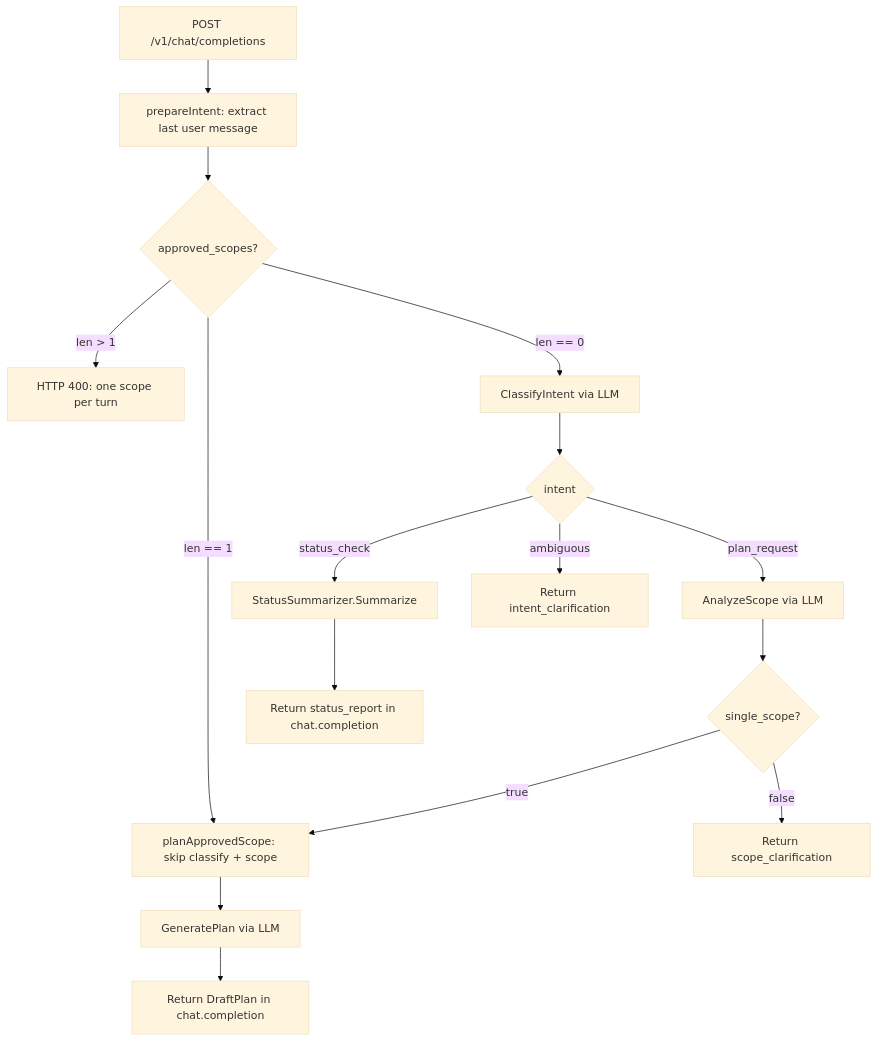
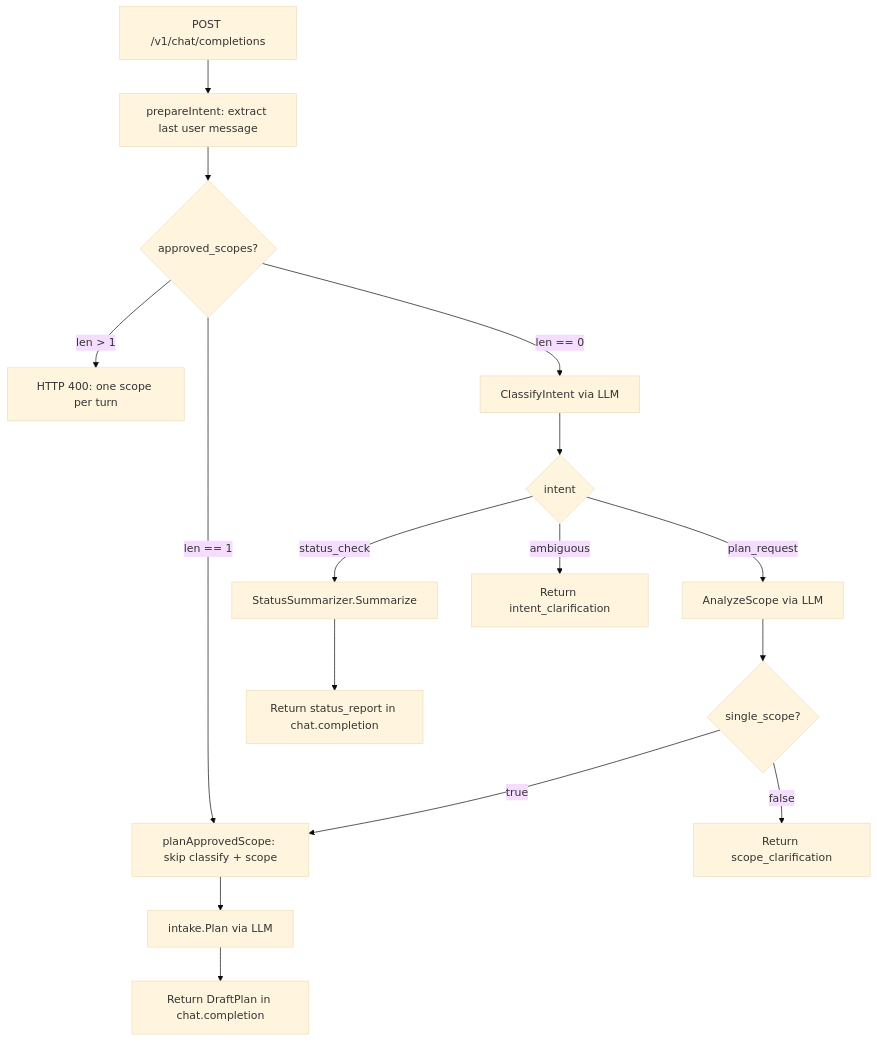
The first of 2 diagrams in docs/frontdesk.md (Israel-Laguan/agentd), drawn with Mermaid (base theme) before and after one commit. The commit also changed 7 other files, not shown here.

````diff
--- a/docs/frontdesk.md
+++ b/docs/frontdesk.md
@@ -7,23 +7,23 @@
 ```mermaid
 flowchart TD
     Request["POST /v1/chat/completions"] --> PrepareIntent["prepareIntent: extract last user message"]
     PrepareIntent --> HasApprovedScopes{"approved_scopes?"}
 
     HasApprovedScopes -->|"len == 1"| PlanApproved["planApprovedScope: skip classify + scope"]
     HasApprovedScopes -->|"len > 1"| Reject400["HTTP 400: one scope per turn"]
     HasApprovedScopes -->|"len == 0"| ClassifyIntent["ClassifyIntent via LLM"]
 
     ClassifyIntent --> IntentSwitch{"intent"}
     IntentSwitch -->|"status_check"| StatusReport["StatusSummarizer.Summarize"]
     IntentSwitch -->|"plan_request"| AnalyzeScope["AnalyzeScope via LLM"]
     IntentSwitch -->|"ambiguous"| IntentClarification["Return intent_clarification"]
 
     AnalyzeScope --> ScopeCheck{"single_scope?"}
     ScopeCheck -->|"true"| PlanApproved
     ScopeCheck -->|"false"| ScopeClarification["Return scope_clarification"]
 
-    PlanApproved --> GeneratePlan["GeneratePlan via LLM"]
-    GeneratePlan --> ReturnPlan["Return DraftPlan in chat.completion"]
+    PlanApproved --> IntakePlan["intake.Plan via LLM"]
+    IntakePlan --> ReturnPlan["Return DraftPlan in chat.completion"]
 
     StatusReport --> ReturnStatus["Return status_report in chat.completion"]
 ```
````
